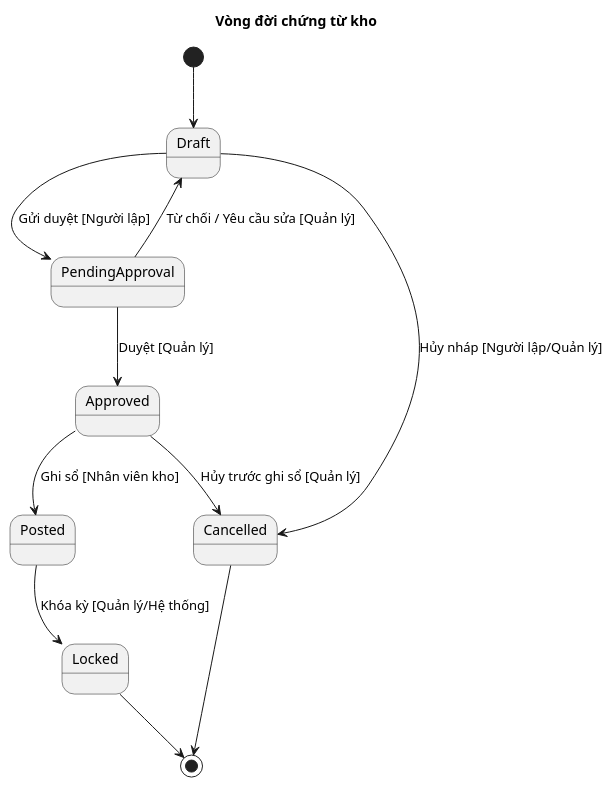
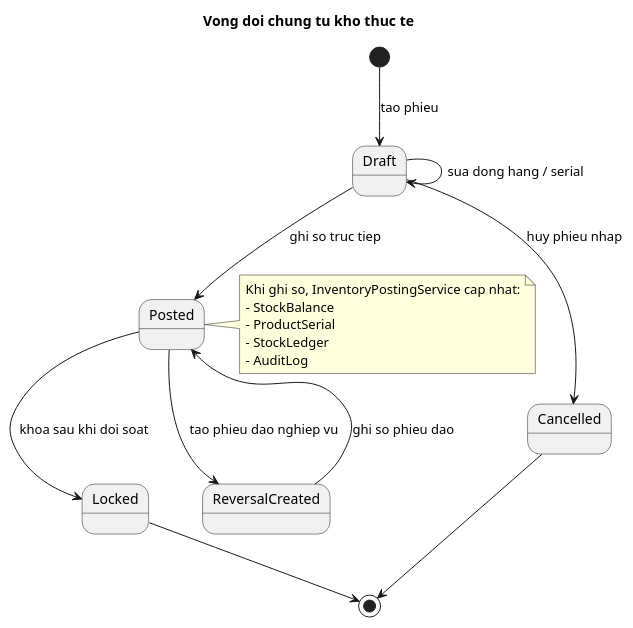
Before and after one commit to TheGiver262/WarePro: the diagram in Diagram/plantuml/State_VongDoi_ChungTuKho.puml, drawn with PlantUML. The commit also changed 98 other files, not shown here.

Commit message:
docs: refresh project diagrams

```diff
--- a/Diagram/plantuml/State_VongDoi_ChungTuKho.puml
+++ b/Diagram/plantuml/State_VongDoi_ChungTuKho.puml
@@ -1,17 +1,19 @@
 @startuml State_VongDoi_ChungTuKho
-title Vòng đời chứng từ kho
-
-[*] --> Draft
-Draft --> PendingApproval: Gửi duyệt [Người lập]
-Draft --> Cancelled: Hủy nháp [Người lập/Quản lý]
-
-PendingApproval --> Draft: Từ chối / Yêu cầu sửa [Quản lý]
-PendingApproval --> Approved: Duyệt [Quản lý]
-
-Approved --> Posted: Ghi sổ [Nhân viên kho]
-Approved --> Cancelled: Hủy trước ghi sổ [Quản lý]
-
-Posted --> Locked: Khóa kỳ [Quản lý/Hệ thống]
+title Vong doi chung tu kho thuc te
+[*] --> Draft : tao phieu
+Draft --> Draft : sua dong hang / serial
+Draft --> Posted : ghi so truc tiep
+Draft --> Cancelled : huy phieu nhap
+Posted --> Locked : khoa sau khi doi soat
+Posted --> ReversalCreated : tao phieu dao nghiep vu
+ReversalCreated --> Posted : ghi so phieu dao
 Locked --> [*]
 Cancelled --> [*]
+note right of Posted
+  Khi ghi so, InventoryPostingService cap nhat:
+  - StockBalance
+  - ProductSerial
+  - StockLedger
+  - AuditLog
+end note
 @enduml
```
